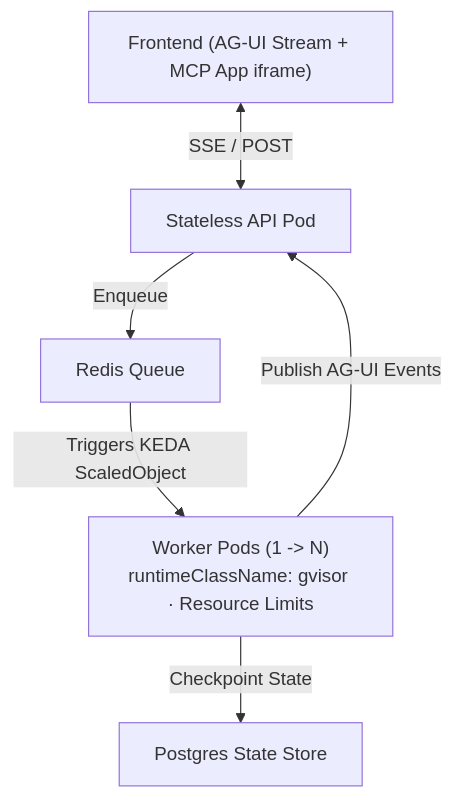
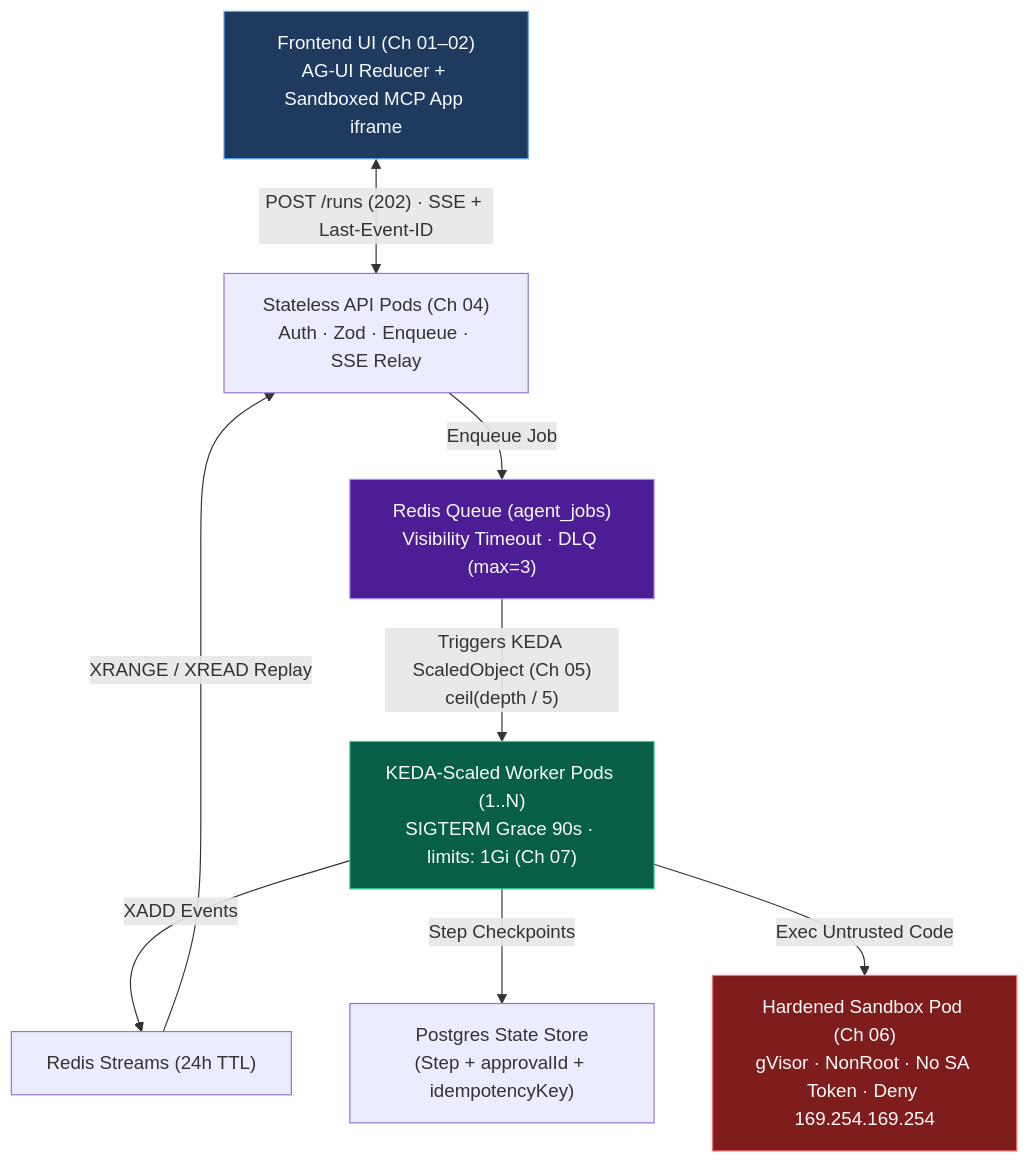
The diagram in Lecture 37 - Agent UIs K8s and KEDA Scaling/notes/Lecture_37_Complete_Notes.md (Amie-dev/FDE-and-GenAI-Mastery), drawn with Mermaid before and after one commit. The commit also changed other lines of this file and 13 other files, not shown here.

Commit message:
Refactor Lecture 44 and Lecture 45 notes for clarity and depth; enhance structure with executive summaries, chapter-by-chapter revisions, and detailed cheat sheets. Update diagrams to reflect improved architecture and flow, emphasizing security measures and identity management protocols.

````diff
--- a/Lecture 37 - Agent UIs K8s and KEDA Scaling/notes/Lecture_37_Complete_Notes.md
+++ b/Lecture 37 - Agent UIs K8s and KEDA Scaling/notes/Lecture_37_Complete_Notes.md
@@ -33,8 +36,15 @@
 ```mermaid
 flowchart TD
-    UI["Frontend (AG-UI Stream + MCP App iframe)"] <-->|"SSE / POST"| API["Stateless API Pod"]
-    API -->|"Enqueue"| Q["Redis Queue"]
-    Q -->|"Triggers KEDA ScaledObject"| W["Worker Pods (1 -> N)<br/>runtimeClassName: gvisor · Resource Limits"]
-    W -->|"Publish AG-UI Events"| API
-    W -->|"Checkpoint State"| DB["Postgres State Store"]
+    UI["Frontend UI (Ch 01–02)<br/>AG-UI Reducer + Sandboxed MCP App iframe"] <-->|"POST /runs (202) · SSE + Last-Event-ID"| API["Stateless API Pods (Ch 04)<br/>Auth · Zod · Enqueue · SSE Relay"]
+    API -->|"Enqueue Job"| Q["Redis Queue (agent_jobs)<br/>Visibility Timeout · DLQ (max=3)"]
+    Q -->|"Triggers KEDA ScaledObject (Ch 05)<br/>ceil(depth / 5)"| W["KEDA-Scaled Worker Pods (1..N)<br/>SIGTERM Grace 90s · limits: 1Gi (Ch 07)"]
+    W -->|"XADD Events"| Stream["Redis Streams (24h TTL)"]
+    Stream -->|"XRANGE / XREAD Replay"| API
+    W -->|"Step Checkpoints"| DB["Postgres State Store<br/>(Step + approvalId + idempotencyKey)"]
+    W -->|"Exec Untrusted Code"| SB["Hardened Sandbox Pod (Ch 06)<br/>gVisor · NonRoot · No SA Token · Deny 169.254.169.254"]
+
+    style UI fill:#1e3a5f,stroke:#60a5fa,color:#f8fafc
+    style Q fill:#4c1d95,stroke:#a78bfa,color:#f8fafc
+    style W fill:#065f46,stroke:#34d399,color:#f8fafc
+    style SB fill:#7f1d1d,stroke:#f87171,color:#f8fafc
 ```
````
